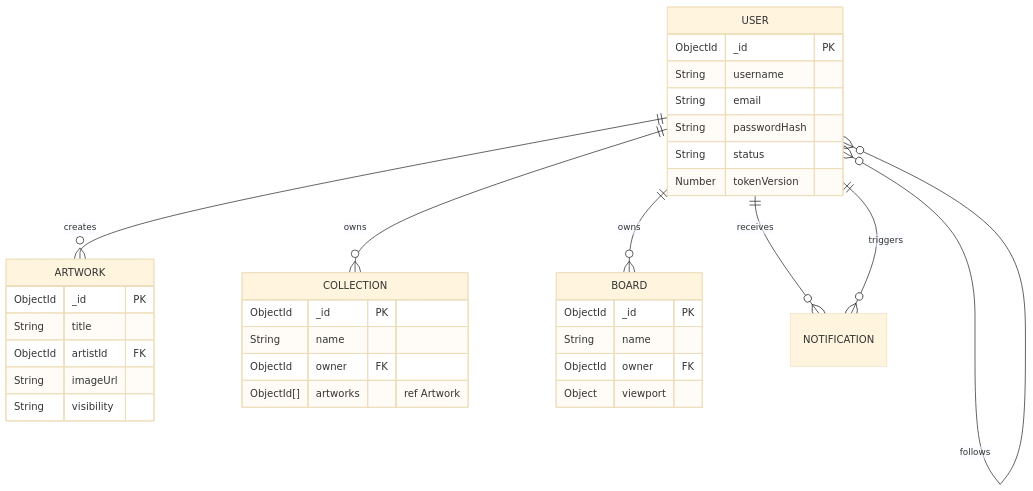
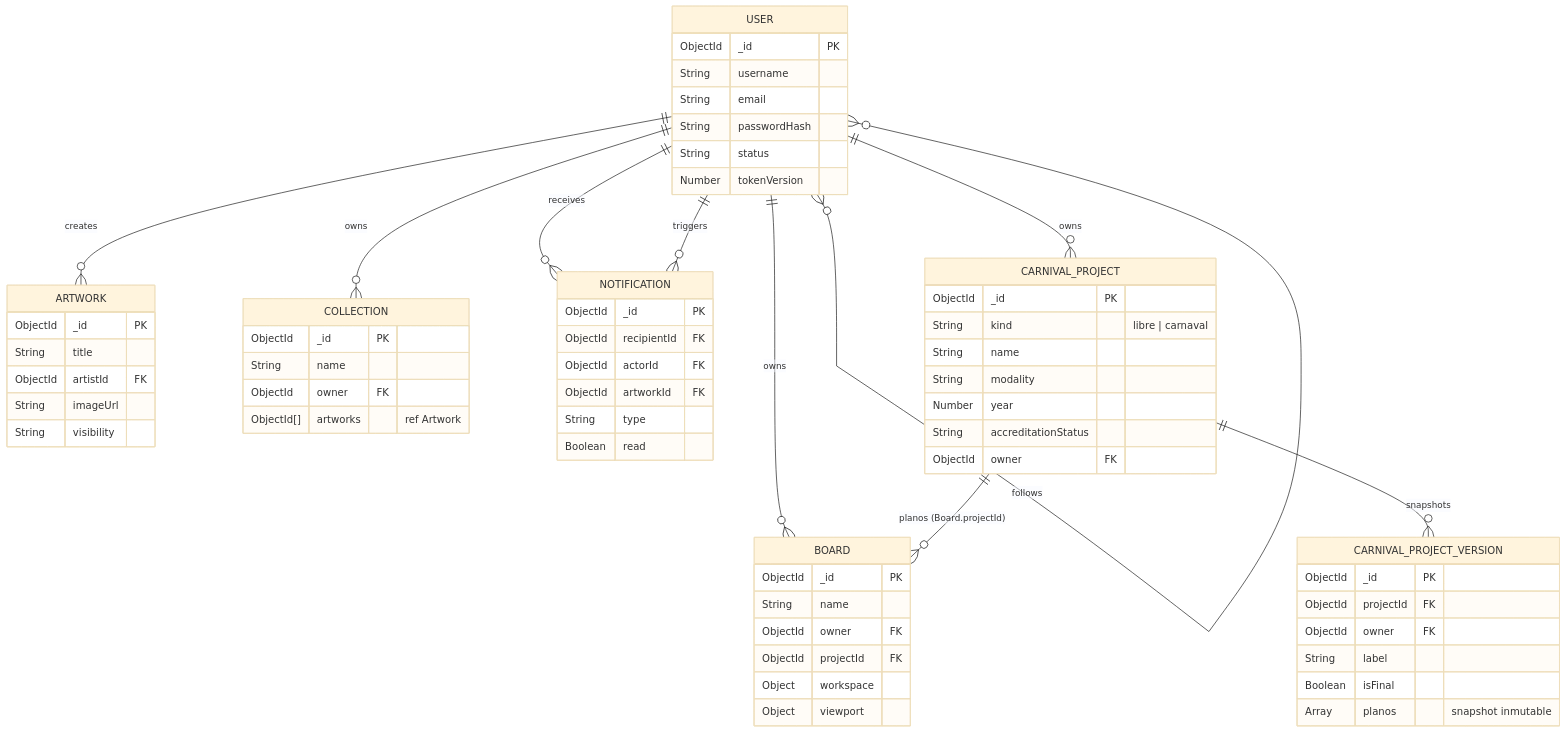
One commit to SamuelMenan/ArtSanctuary changed the diagram in docs/architecture/diagramas/entidad-relacion-bd.md. Above: the diagram before and after it, drawn with Mermaid (base theme). The commit also changed 35 other files, not shown here.

````diff
--- a/docs/architecture/diagramas/entidad-relacion-bd.md
+++ b/docs/architecture/diagramas/entidad-relacion-bd.md
@@ -21,40 +21,73 @@
 ```mermaid
 erDiagram
     USER ||--o{ ARTWORK : creates
     USER ||--o{ COLLECTION : owns
     USER ||--o{ BOARD : owns
     USER ||--o{ NOTIFICATION : receives
     USER ||--o{ NOTIFICATION : triggers
     USER }o--o{ USER : follows
+    USER ||--o{ CARNIVAL_PROJECT : owns
+    CARNIVAL_PROJECT ||--o{ BOARD : "planos (Board.projectId)"
+    CARNIVAL_PROJECT ||--o{ CARNIVAL_PROJECT_VERSION : "snapshots"
 
     USER {
         ObjectId _id PK
         String username
         String email
         String passwordHash
         String status
         Number tokenVersion
     }
 
     ARTWORK {
         ObjectId _id PK
         String title
         ObjectId artistId FK
         String imageUrl
         String visibility
     }
 
     COLLECTION {
         ObjectId _id PK
         String name
         ObjectId owner FK
         ObjectId[] artworks "ref Artwork"
     }
 
     BOARD {
         ObjectId _id PK
         String name
         ObjectId owner FK
+        ObjectId projectId FK
+        Object workspace
         Object viewport
     }
+
+    NOTIFICATION {
+        ObjectId _id PK
+        ObjectId recipientId FK
+        ObjectId actorId FK
+        ObjectId artworkId FK
+        String type
+        Boolean read
+    }
+
+    CARNIVAL_PROJECT {
+        ObjectId _id PK
+        String kind "libre | carnaval"
+        String name
+        String modality
+        Number year
+        String accreditationStatus
+        ObjectId owner FK
+    }
+
+    CARNIVAL_PROJECT_VERSION {
+        ObjectId _id PK
+        ObjectId projectId FK
+        ObjectId owner FK
+        String label
+        Boolean isFinal
+        Array planos "snapshot inmutable"
+    }
 ```
````
